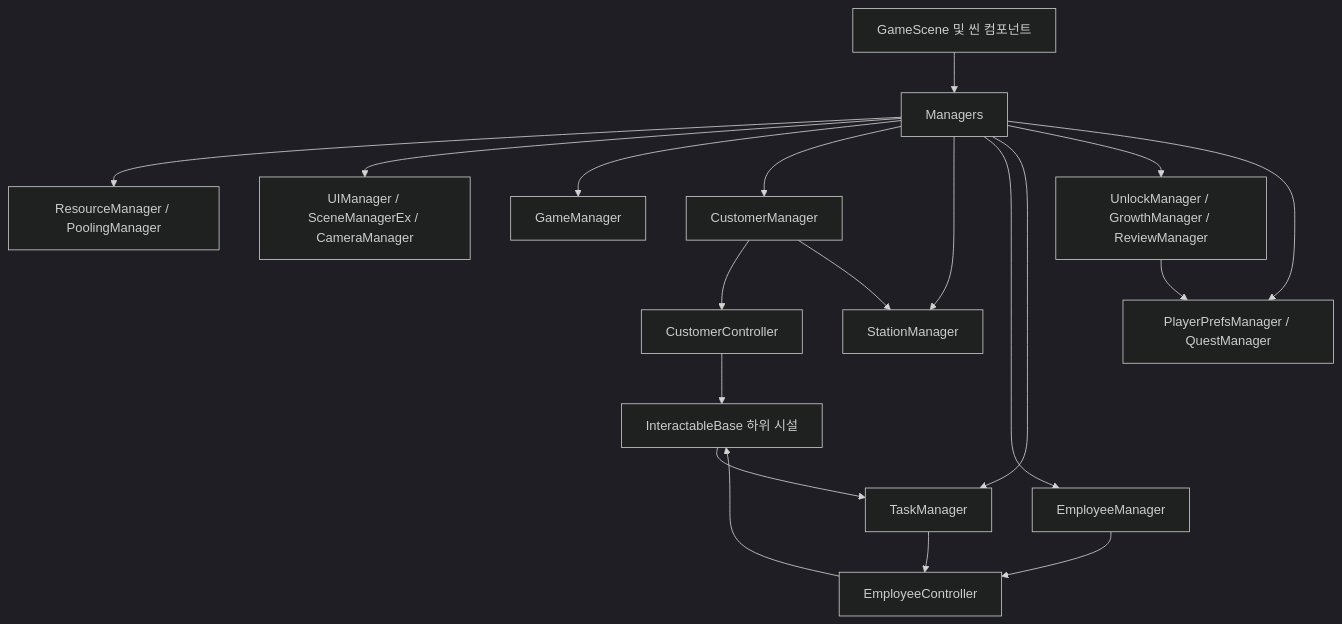
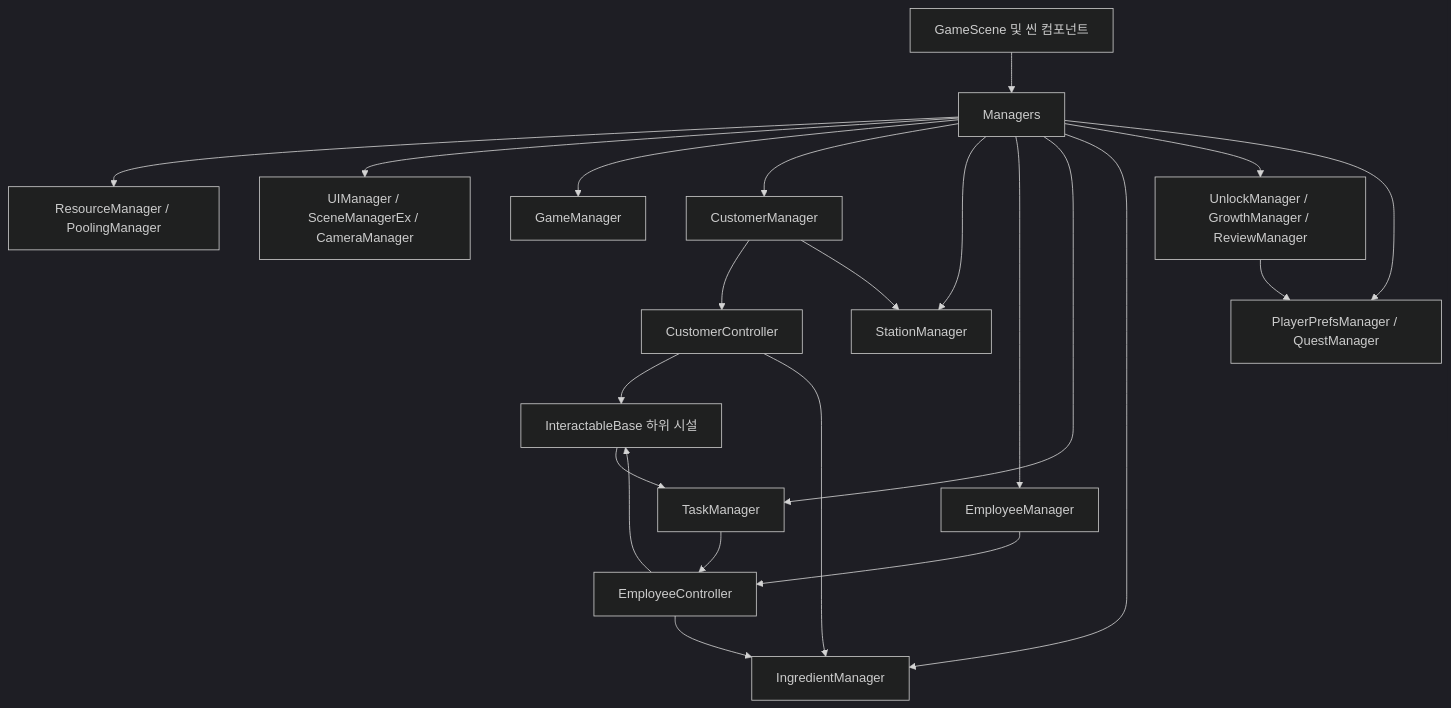
The first of 4 diagrams in Docs/ARCHITECTURE.md (LeeJeYeon97/ProjectB), drawn with Mermaid (dark theme) before and after one commit. The commit also changed other lines of this file and 45 other files, not shown here.

````diff
--- a/Docs/ARCHITECTURE.md
+++ b/Docs/ARCHITECTURE.md
@@ -27,21 +27,24 @@
 ```mermaid
 flowchart TD
     Scene[GameScene 및 씬 컴포넌트] --> M[Managers]
     M --> R[ResourceManager / PoolingManager]
     M --> U[UIManager / SceneManagerEx / CameraManager]
     M --> G[GameManager]
     M --> C[CustomerManager]
     M --> S[StationManager]
     M --> E[EmployeeManager]
     M --> T[TaskManager]
+    M --> N[IngredientManager]
     M --> X[UnlockManager / GrowthManager / ReviewManager]
     M --> P[PlayerPrefsManager / QuestManager]
     C --> CC[CustomerController]
     C --> S
     E --> EC[EmployeeController]
     T --> EC
     EC --> I[InteractableBase 하위 시설]
     CC --> I
+    CC --> N
+    EC --> N
     I --> T
     X --> P
 ```
````
